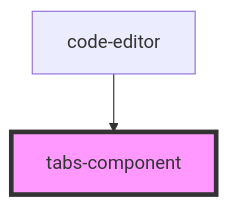
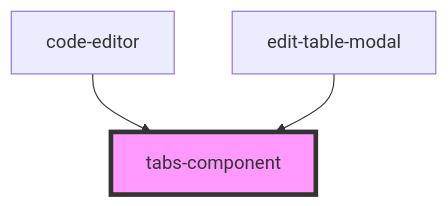
One commit to techvariable/NeptuneConnectComponents changed the diagram in src/components/editorPage/tabs-component/readme.md. Above: the diagram before and after it, drawn with Mermaid. The commit also changed other lines of this file and 24 other files, not shown here.

````diff
--- a/src/components/editorPage/tabs-component/readme.md
+++ b/src/components/editorPage/tabs-component/readme.md
@@ -24,5 +25,6 @@
 ```mermaid
 graph TD;
   code-editor --> tabs-component
+  edit-table-modal --> tabs-component
   style tabs-component fill:#f9f,stroke:#333,stroke-width:4px
 ```
````
